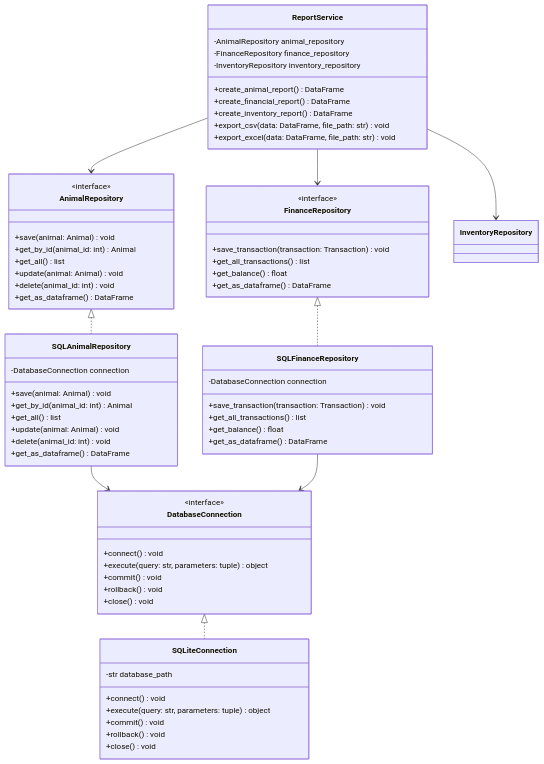
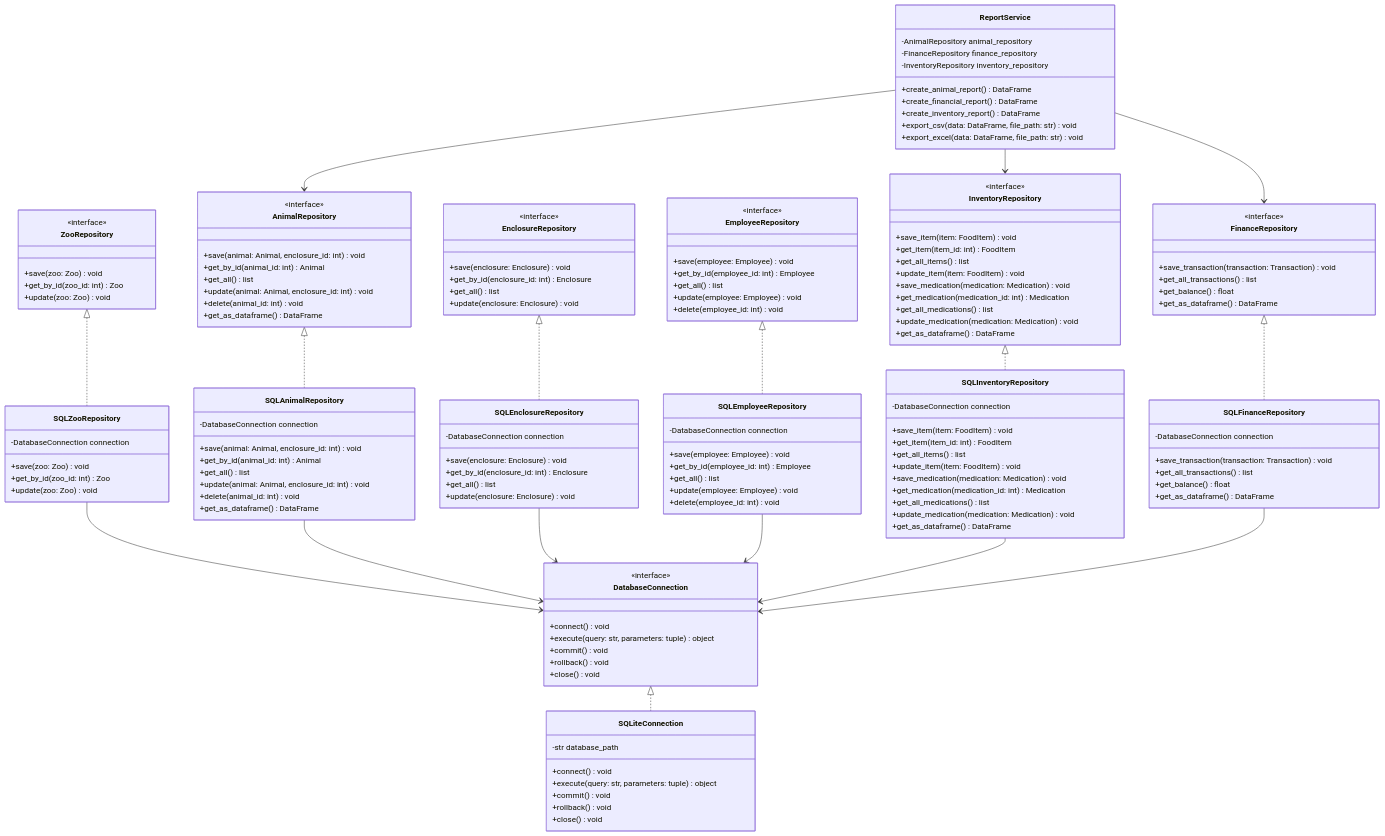
The diagram in zoo_simulation/docs/planning_db_kaiss.md (Darnell-Beganovic/zms-BBS), drawn with Mermaid before and after one commit. The commit also changed other lines of this file and 3 other files, not shown here.

First line of the commit message:
docs(planning): add EmployeeRepository, Medication methods, enclosure_id fix

```diff
--- a/zoo_simulation/docs/planning_db_kaiss.md
+++ b/zoo_simulation/docs/planning_db_kaiss.md
@@ -52,13 +58,50 @@
         +close() void
     }
 
+    class ZooRepository {
+        <<interface>>
+        +save(zoo: Zoo) void
+        +get_by_id(zoo_id: int) Zoo
+        +update(zoo: Zoo) void
+    }
+
     class AnimalRepository {
         <<interface>>
-        +save(animal: Animal) void
+        +save(animal: Animal, enclosure_id: int) void
         +get_by_id(animal_id: int) Animal
         +get_all() list
-        +update(animal: Animal) void
+        +update(animal: Animal, enclosure_id: int) void
         +delete(animal_id: int) void
+        +get_as_dataframe() DataFrame
+    }
+
+    class EnclosureRepository {
+        <<interface>>
+        +save(enclosure: Enclosure) void
+        +get_by_id(enclosure_id: int) Enclosure
+        +get_all() list
+        +update(enclosure: Enclosure) void
+    }
+
+    class EmployeeRepository {
+        <<interface>>
+        +save(employee: Employee) void
+        +get_by_id(employee_id: int) Employee
+        +get_all() list
+        +update(employee: Employee) void
+        +delete(employee_id: int) void
+    }
+
+    class InventoryRepository {
+        <<interface>>
+        +save_item(item: FoodItem) void
+        +get_item(item_id: int) FoodItem
+        +get_all_items() list
+        +update_item(item: FoodItem) void
+        +save_medication(medication: Medication) void
+        +get_medication(medication_id: int) Medication
+        +get_all_medications() list
+        +update_medication(medication: Medication) void
         +get_as_dataframe() DataFrame
     }
 
@@ -70,13 +113,50 @@
         +get_as_dataframe() DataFrame
     }
 
+    class SQLZooRepository {
+        -DatabaseConnection connection
+        +save(zoo: Zoo) void
+        +get_by_id(zoo_id: int) Zoo
+        +update(zoo: Zoo) void
+    }
+
     class SQLAnimalRepository {
         -DatabaseConnection connection
-        +save(animal: Animal) void
+        +save(animal: Animal, enclosure_id: int) void
         +get_by_id(animal_id: int) Animal
         +get_all() list
-        +update(animal: Animal) void
+        +update(animal: Animal, enclosure_id: int) void
         +delete(animal_id: int) void
+        +get_as_dataframe() DataFrame
+    }
+
+    class SQLEnclosureRepository {
+        -DatabaseConnection connection
+        +save(enclosure: Enclosure) void
+        +get_by_id(enclosure_id: int) Enclosure
+        +get_all() list
+        +update(enclosure: Enclosure) void
+    }
+
+    class SQLEmployeeRepository {
+        -DatabaseConnection connection
+        +save(employee: Employee) void
+        +get_by_id(employee_id: int) Employee
+        +get_all() list
+        +update(employee: Employee) void
+        +delete(employee_id: int) void
+    }
+
+    class SQLInventoryRepository {
+        -DatabaseConnection connection
+        +save_item(item: FoodItem) void
+        +get_item(item_id: int) FoodItem
+        +get_all_items() list
+        +update_item(item: FoodItem) void
+        +save_medication(medication: Medication) void
+        +get_medication(medication_id: int) Medication
+        +get_all_medications() list
+        +update_medication(medication: Medication) void
         +get_as_dataframe() DataFrame
     }
 
@@ -100,9 +180,17 @@
     }
 
     DatabaseConnection <|.. SQLiteConnection
+    ZooRepository <|.. SQLZooRepository
     AnimalRepository <|.. SQLAnimalRepository
+    EnclosureRepository <|.. SQLEnclosureRepository
+    EmployeeRepository <|.. SQLEmployeeRepository
+    InventoryRepository <|.. SQLInventoryRepository
     FinanceRepository <|.. SQLFinanceRepository
+    SQLZooRepository --> DatabaseConnection
     SQLAnimalRepository --> DatabaseConnection
+    SQLEnclosureRepository --> DatabaseConnection
+    SQLEmployeeRepository --> DatabaseConnection
+    SQLInventoryRepository --> DatabaseConnection
     SQLFinanceRepository --> DatabaseConnection
 
     ReportService --> AnimalRepository
```
